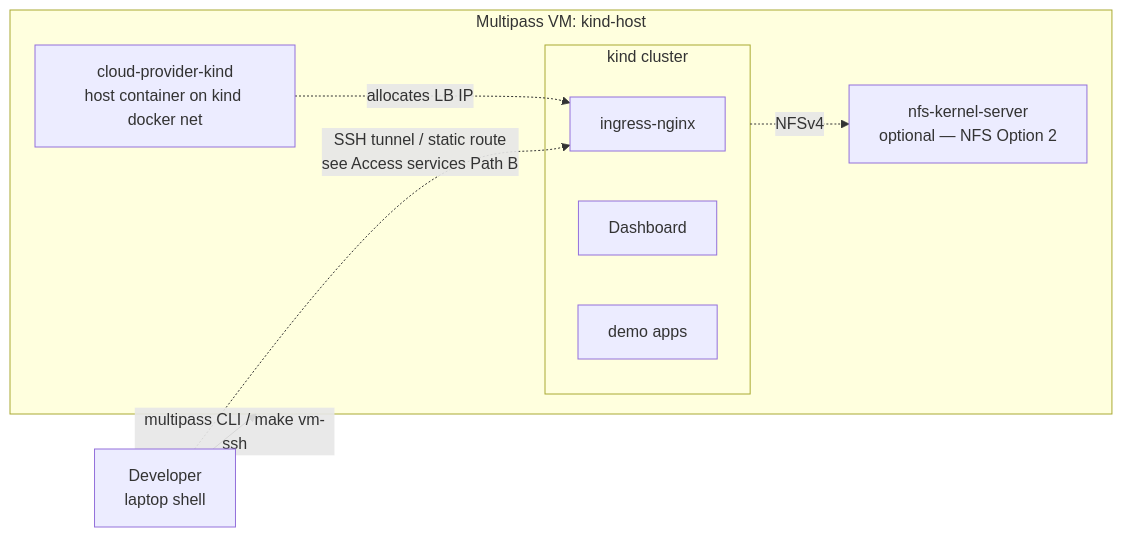
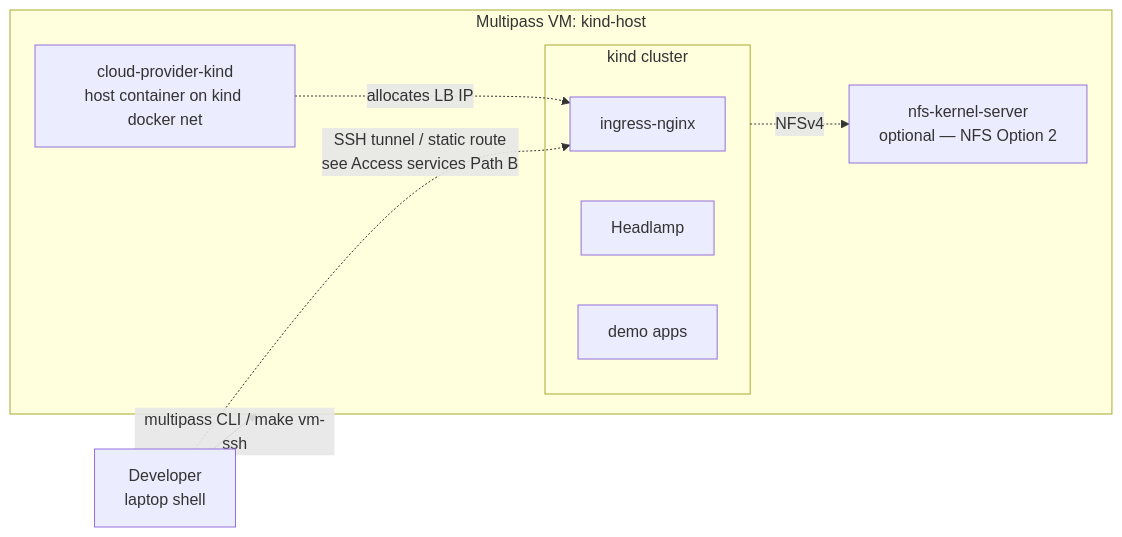
One commit to AndriyKalashnykov/kind-cluster changed the fourth of 4 diagrams in README.md. Above: the diagram before and after it, drawn with Mermaid. The commit also changed other lines of this file and 15 other files, not shown here.

````diff
--- a/README.md
+++ b/README.md
@@ -205,17 +202,17 @@
 ```mermaid
 flowchart LR
     DEV[Developer<br/>laptop shell]
     subgraph vm[Multipass VM: kind-host]
         subgraph cluster[kind cluster]
             ING[ingress-nginx]
-            DASH[Dashboard]
+            HL[Headlamp]
             APPS[demo apps]
         end
         LB[cloud-provider-kind<br/>host container on kind docker net]
         NFS[nfs-kernel-server<br/>optional — NFS Option 2]
         LB -.allocates LB IP.-> ING
         cluster -.NFSv4.-> NFS
     end
     DEV -->|multipass CLI / make vm-ssh| vm
     DEV -.->|SSH tunnel / static route<br/>see Access services Path B| ING
 ```
````
